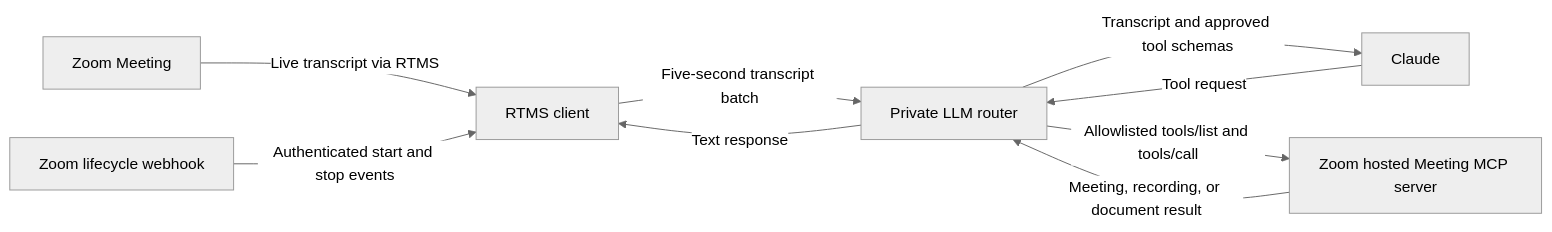
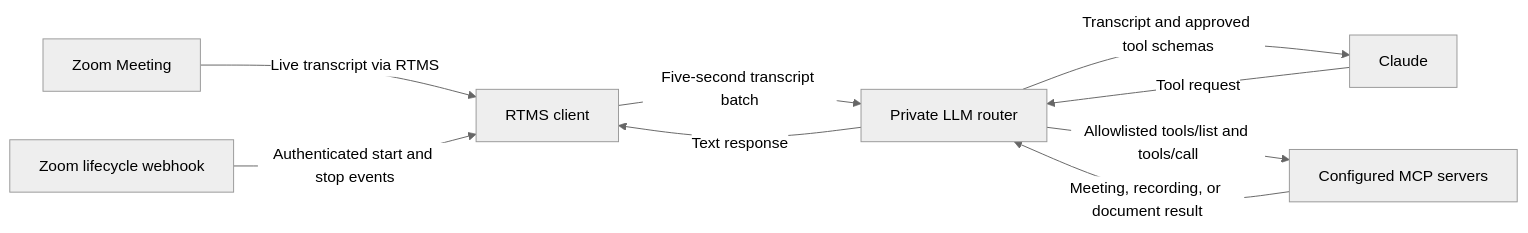
Before and after one commit to zoom/blueprints: the diagram in blueprints/transcripts-to-mcp/index.md, drawn with Mermaid (neutral theme). The commit also changed other lines of this file, not shown here.

Commit message:
Document configurable MCP routing and prompts

````diff
--- a/blueprints/transcripts-to-mcp/index.md
+++ b/blueprints/transcripts-to-mcp/index.md
@@ -77,11 +79,11 @@
 ```mermaid
 flowchart LR
     A[Zoom Meeting] -->|Live transcript via RTMS| B[RTMS client]
     Z[Zoom lifecycle webhook] -->|Authenticated start and stop events| B
     B -->|Five-second transcript batch| C[Private LLM router]
     C -->|Transcript and approved tool schemas| D[Claude]
     D -->|Tool request| C
-    C -->|Allowlisted tools/list and tools/call| E[Zoom hosted Meeting MCP server]
+    C -->|Allowlisted tools/list and tools/call| E[Configured MCP servers]
     E -->|Meeting, recording, or document result| C
     C -->|Text response| B
 ```
````
